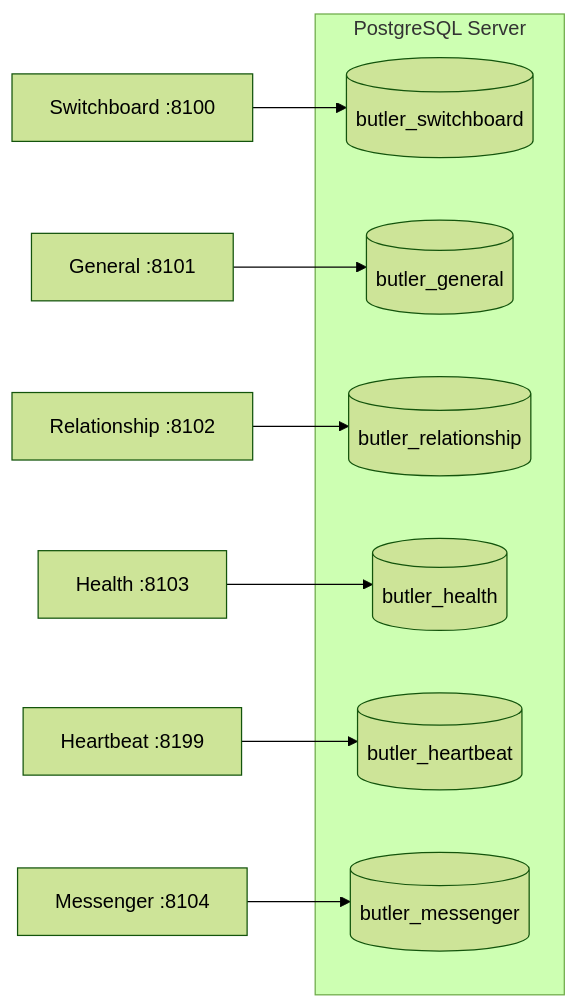
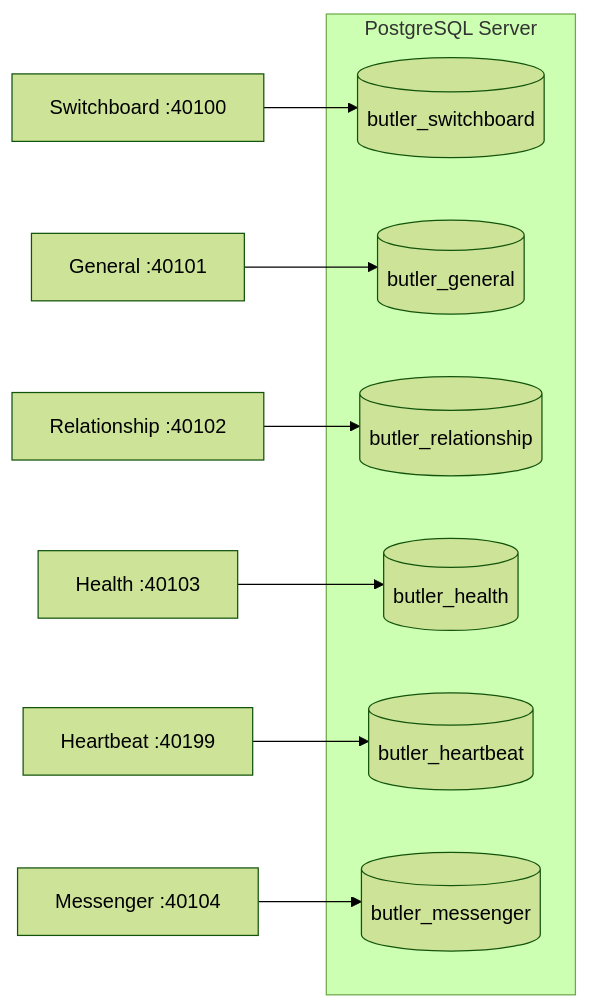
One commit to Tzeusy/butlers changed the fifth of 5 diagrams in docs/architecture/system-architecture.md. Above: the diagram before and after it, drawn with Mermaid (forest theme). The commit also changed other lines of this file and 32 other files, not shown here.

````diff
--- a/docs/architecture/system-architecture.md
+++ b/docs/architecture/system-architecture.md
@@ -488,18 +488,18 @@
 ```mermaid
 graph LR
     subgraph PG["PostgreSQL Server"]
         DB_SW[("butler_switchboard")]
         DB_GEN[("butler_general")]
         DB_REL[("butler_relationship")]
         DB_HEALTH[("butler_health")]
         DB_HB[("butler_heartbeat")]
         DB_MSG[("butler_messenger")]
     end
 
-    SW["Switchboard :8100"] --> DB_SW
-    GEN["General :8101"] --> DB_GEN
-    REL["Relationship :8102"] --> DB_REL
-    HEALTH["Health :8103"] --> DB_HEALTH
-    HB["Heartbeat :8199"] --> DB_HB
-    MSG["Messenger :8104"] --> DB_MSG
+    SW["Switchboard :40100"] --> DB_SW
+    GEN["General :40101"] --> DB_GEN
+    REL["Relationship :40102"] --> DB_REL
+    HEALTH["Health :40103"] --> DB_HEALTH
+    HB["Heartbeat :40199"] --> DB_HB
+    MSG["Messenger :40104"] --> DB_MSG
 ```
````
